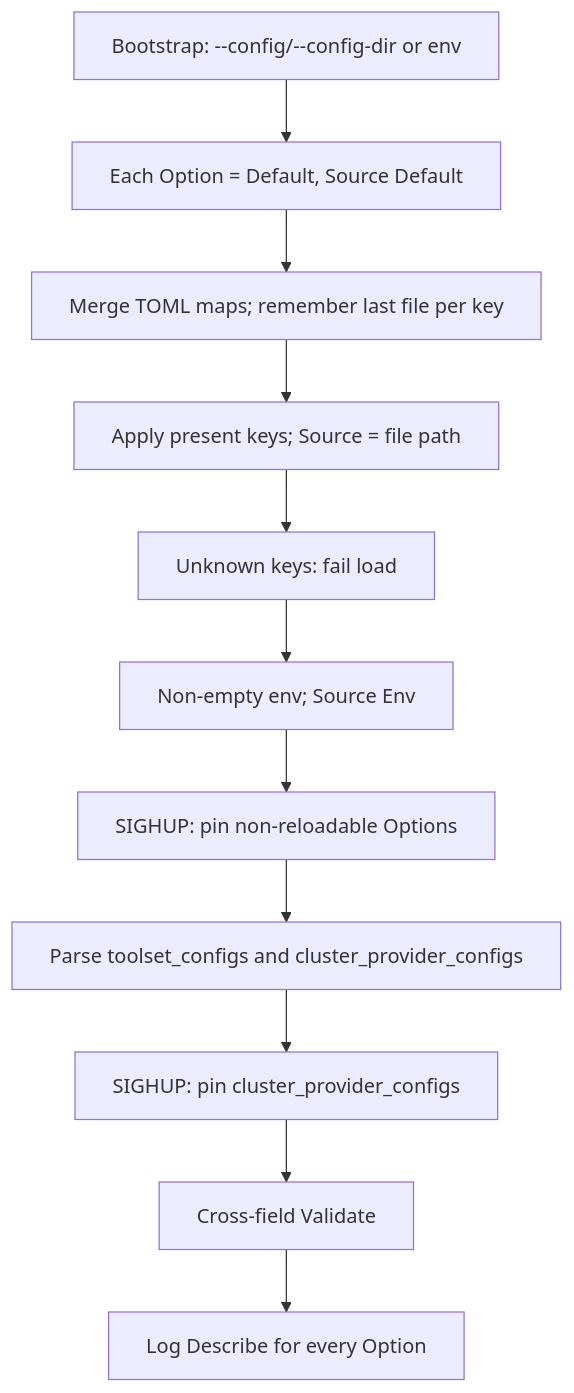
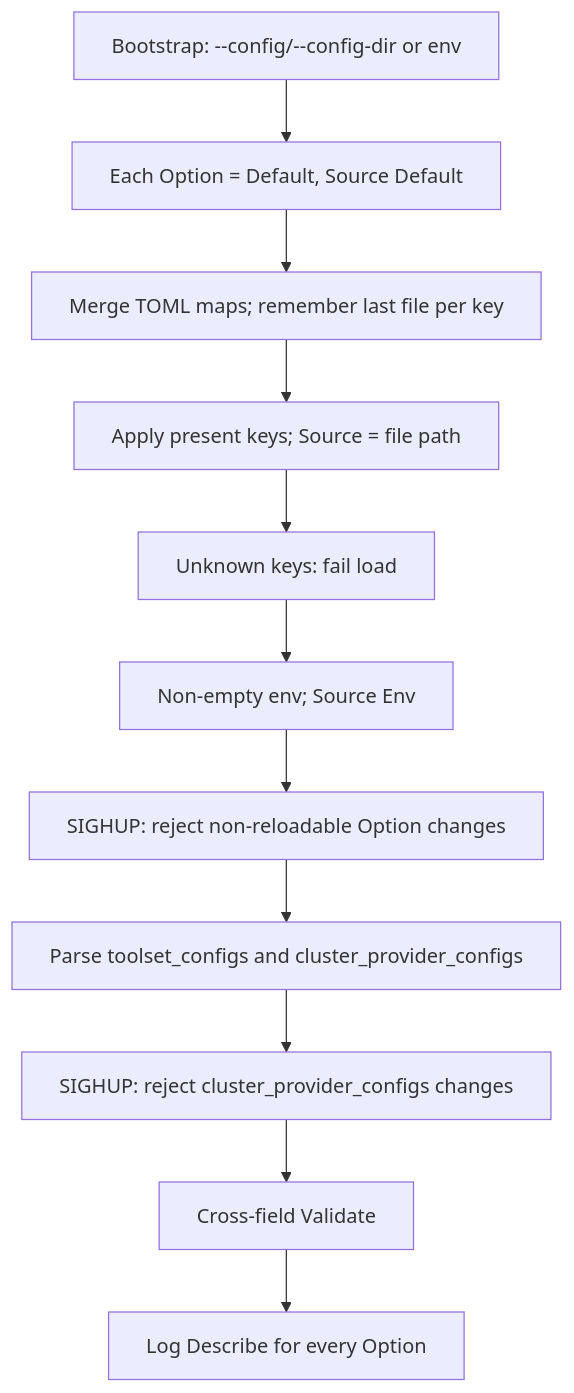
One commit to containers/kubernetes-mcp-server changed the diagram in docs/specs/config.md. Above: the diagram before and after it, drawn with Mermaid. The commit also changed other lines of this file and 11 other files, not shown here.

First line of the commit message:
Bad configs on SIGHUP crash the server

````diff
--- a/docs/specs/config.md
+++ b/docs/specs/config.md
@@ -242,20 +242,20 @@
 ```mermaid
 ---
 config:
   flowchart:
     wrappingWidth: 400
 ---
 flowchart TD
   boot[Bootstrap: --config/--config-dir or env]
   def["Each Option = Default, Source Default"]
   files[Merge TOML maps; remember last file per key]
   applyFile["Apply present keys; Source = file path"]
   unknown["Unknown keys: fail load"]
   applyEnv["Non-empty env; Source Env"]
-  pinOpts["SIGHUP: pin non-reloadable Options"]
+  pinOpts["SIGHUP: reject non-reloadable Option changes"]
   parseExt["Parse toolset_configs and cluster_provider_configs"]
-  pinProv["SIGHUP: pin cluster_provider_configs"]
+  pinProv["SIGHUP: reject cluster_provider_configs changes"]
   xval[Cross-field Validate]
   dump[Log Describe for every Option]
   boot --> def --> files --> applyFile --> unknown --> applyEnv --> pinOpts --> parseExt --> pinProv --> xval --> dump
 ```
````
